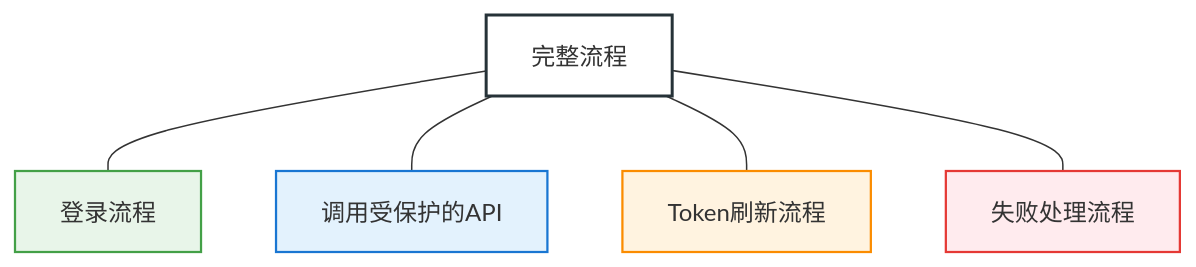
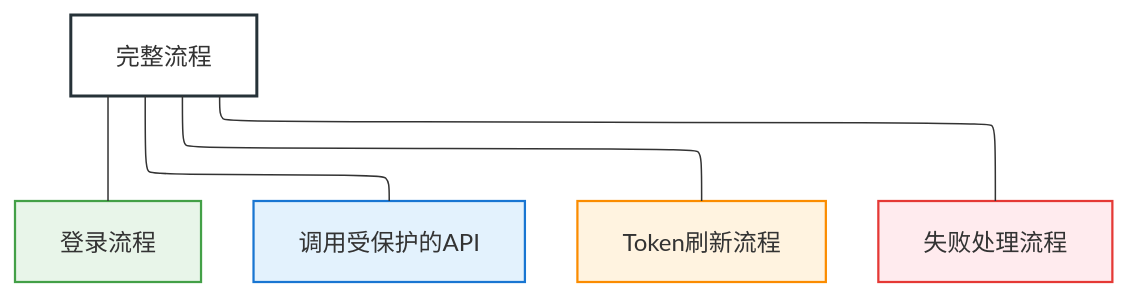
Before and after one commit to changweihua/changweihua.github.io: the third of 7 diagrams in zh-CN/manual/two_tokens.md, drawn with Mermaid. The commit also changed other lines of this file and 11 other files, not shown here.

````diff
--- a/zh-CN/manual/two_tokens.md
+++ b/zh-CN/manual/two_tokens.md
@@ -48,25 +58,25 @@
 ```mermaid
-graph TB;
+flowchart-elk TB
     A[完整流程] --- B[登录流程]
     A --- C[调用受保护的API]
     A --- D[Token刷新流程]
     A --- E[失败处理流程]
 
     classDef box fill:none,stroke:#607D8B,stroke-dasharray:0
     classDef green fill:#E8F5E9,stroke:#43A047
     classDef blue fill:#E3F2FD,stroke:#1976D2
     classDef orange fill:#FFF3E0,stroke:#FB8C00
     classDef red fill:#FFEBEE,stroke:#E53935
 
     class A box
     class B green
     class C blue
     class D orange
     class E red
 
     style A stroke-width:2px,stroke:#263238
     style B stroke-width:1.5px
     style C stroke-width:1.5px
     style D stroke-width:1.5px
     style E stroke-width:1.5px
 ```
````
